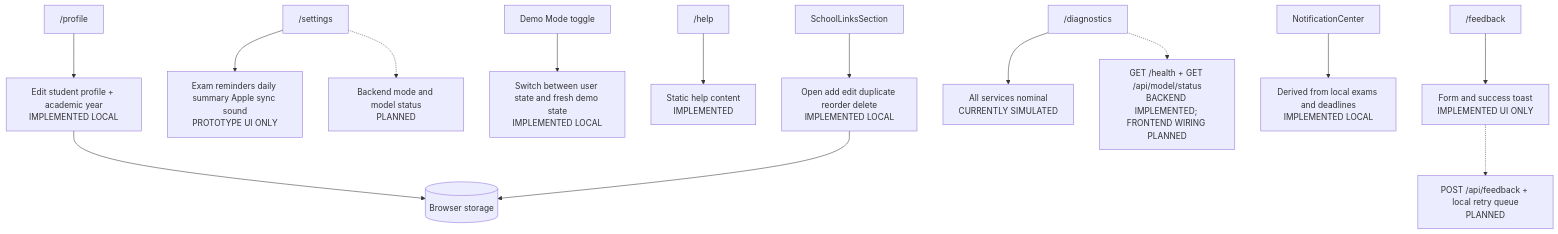
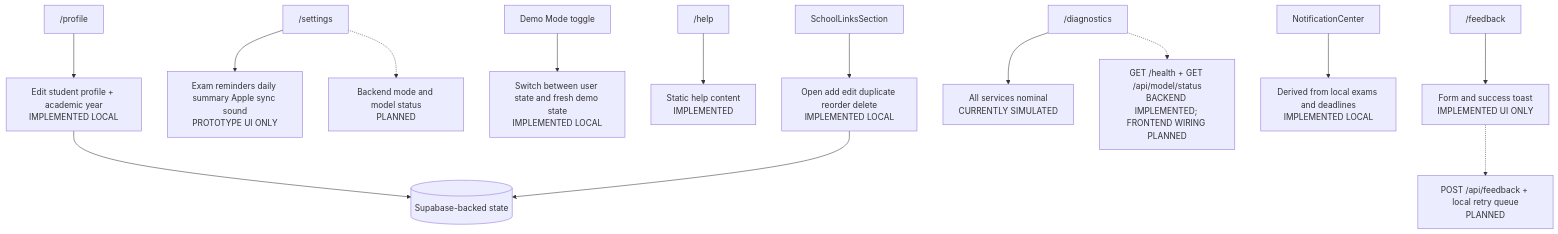
Before and after one commit to keyshavmor/study-swiss-star: diagram 14 of 15 in lovabledocs/FULL_APP_WIREFRAMES.md, drawn with Mermaid. The commit also changed other lines of this file and 118 other files, not shown here.

````diff
--- a/lovabledocs/FULL_APP_WIREFRAMES.md
+++ b/lovabledocs/FULL_APP_WIREFRAMES.md
@@ -421,16 +419,16 @@
 ```mermaid
 flowchart TD
   Profile["/profile"] --> ProfileData[Edit student profile + academic year\nIMPLEMENTED LOCAL]
-  ProfileData --> Local[(Browser storage)]
+  ProfileData --> Local[(Supabase-backed state)]
   Settings["/settings"] --> Toggles[Exam reminders daily summary Apple sync sound\nPROTOTYPE UI ONLY]
   Settings -.-> Model[Backend mode and model status\nPLANNED]
   Demo[Demo Mode toggle] --> DemoData[Switch between user state and fresh demo state\nIMPLEMENTED LOCAL]
   Help["/help"] --> Static[Static help content\nIMPLEMENTED]
   Feedback["/feedback"] --> Form[Form and success toast\nIMPLEMENTED UI ONLY]
   Form -.-> FeedbackAPI[POST /api/feedback + local retry queue\nPLANNED]
   Diagnostics["/diagnostics"] --> Simulated[All services nominal\nCURRENTLY SIMULATED]
   Diagnostics -.-> Health[GET /health + GET /api/model/status\nBACKEND IMPLEMENTED; FRONTEND WIRING PLANNED]
   Notifications[NotificationCenter] --> Derived[Derived from local exams and deadlines\nIMPLEMENTED LOCAL]
   SchoolLinks[SchoolLinksSection] --> LinkCRUD[Open add edit duplicate reorder delete\nIMPLEMENTED LOCAL]
   LinkCRUD --> Local
 ```
````
